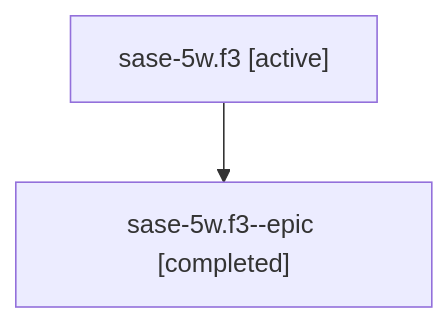
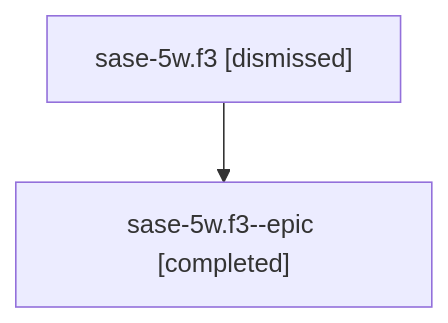
The diagram in sessions/bbugyi200.athena.sase-5w.f3.md (sase-org/sase--agents), drawn with Mermaid before and after one commit. The commit also changed other lines of this file and 61 other files, not shown here.

````diff
--- a/sessions/bbugyi200.athena.sase-5w.f3.md
+++ b/sessions/bbugyi200.athena.sase-5w.f3.md
@@ -9,6 +9,6 @@
 ```mermaid
 flowchart TD
-  n0["sase-5w.f3 [active]"]
+  n0["sase-5w.f3 [dismissed]"]
   n1["sase-5w.f3--epic [completed]"]
   n0 --> n1
 ```
````
